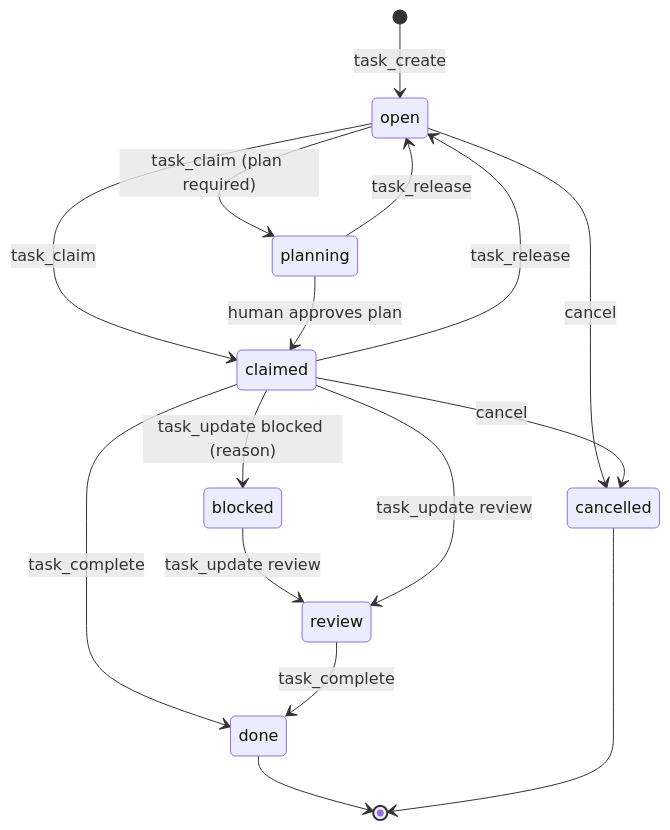
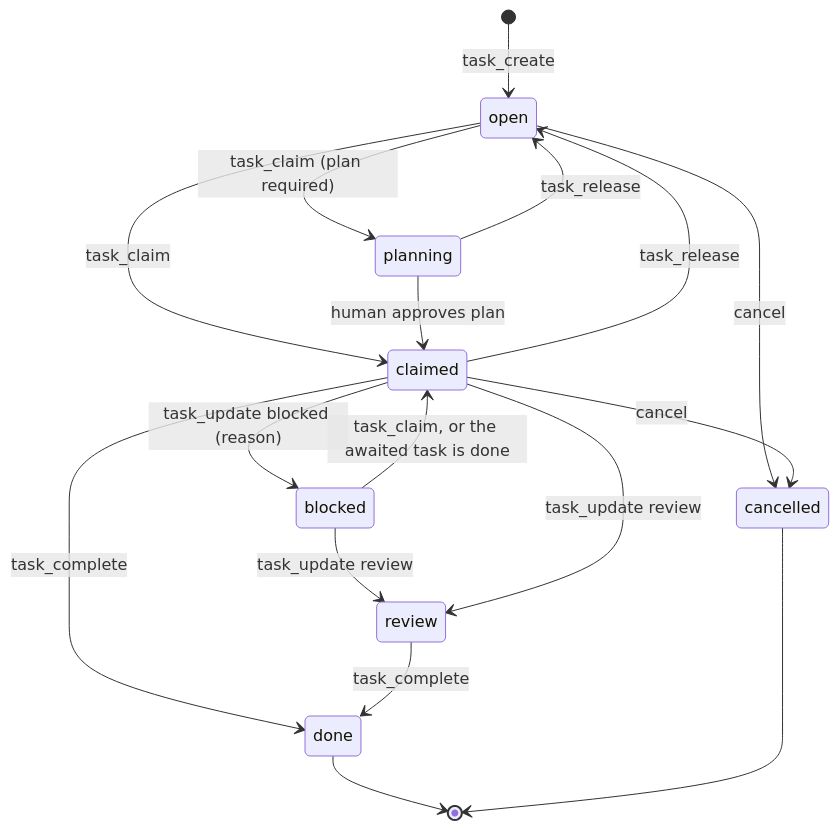
Before and after one commit to ReyemTech/axle: the first of 2 diagrams in docs/concepts.md, drawn with Mermaid. The commit also changed other lines of this file and 3 other files, not shown here.

````diff
--- a/docs/concepts.md
+++ b/docs/concepts.md
@@ -91,18 +91,19 @@
 ```mermaid
 stateDiagram-v2
     [*] --> open: task_create
     open --> claimed: task_claim
     open --> planning: task_claim (plan required)
     planning --> claimed: human approves plan
     claimed --> blocked: task_update blocked (reason)
     blocked --> review: task_update review
+    blocked --> claimed: task_claim, or the awaited task is done
     claimed --> review: task_update review
     claimed --> done: task_complete
     review --> done: task_complete
     claimed --> open: task_release
     planning --> open: task_release
     open --> cancelled: cancel
     claimed --> cancelled: cancel
     done --> [*]
     cancelled --> [*]
 ```
````
